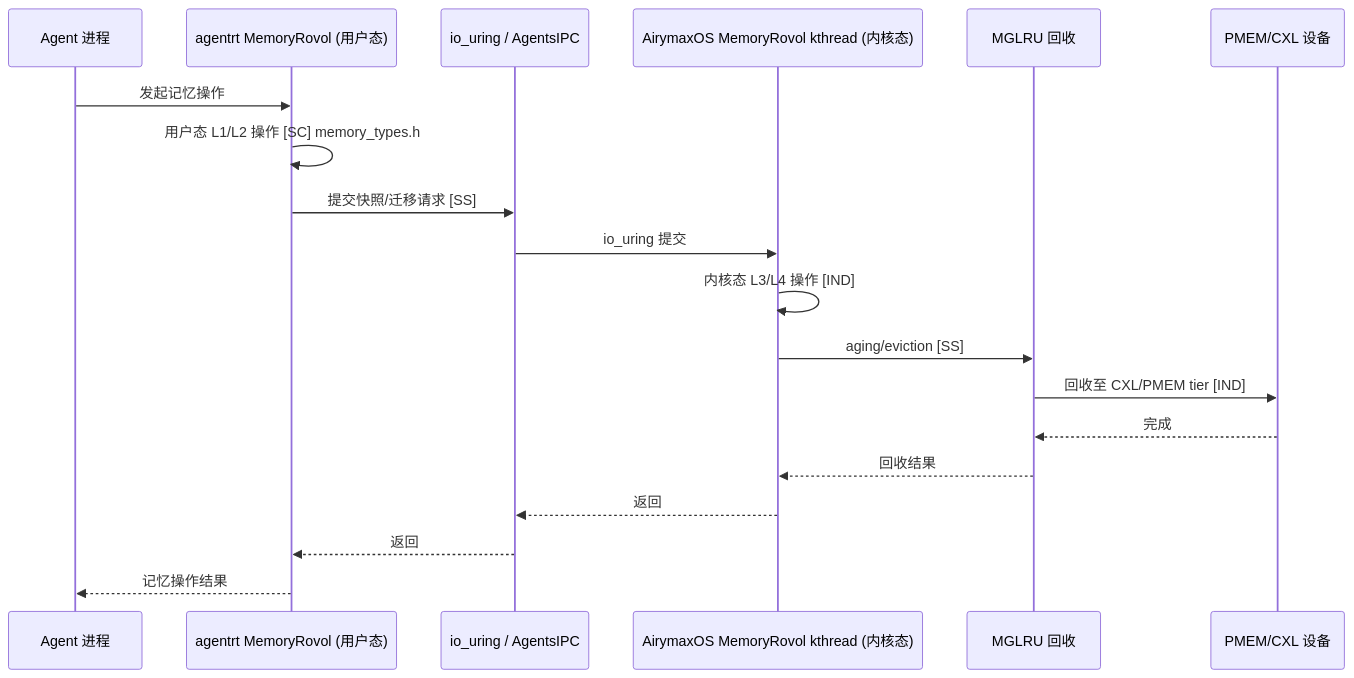
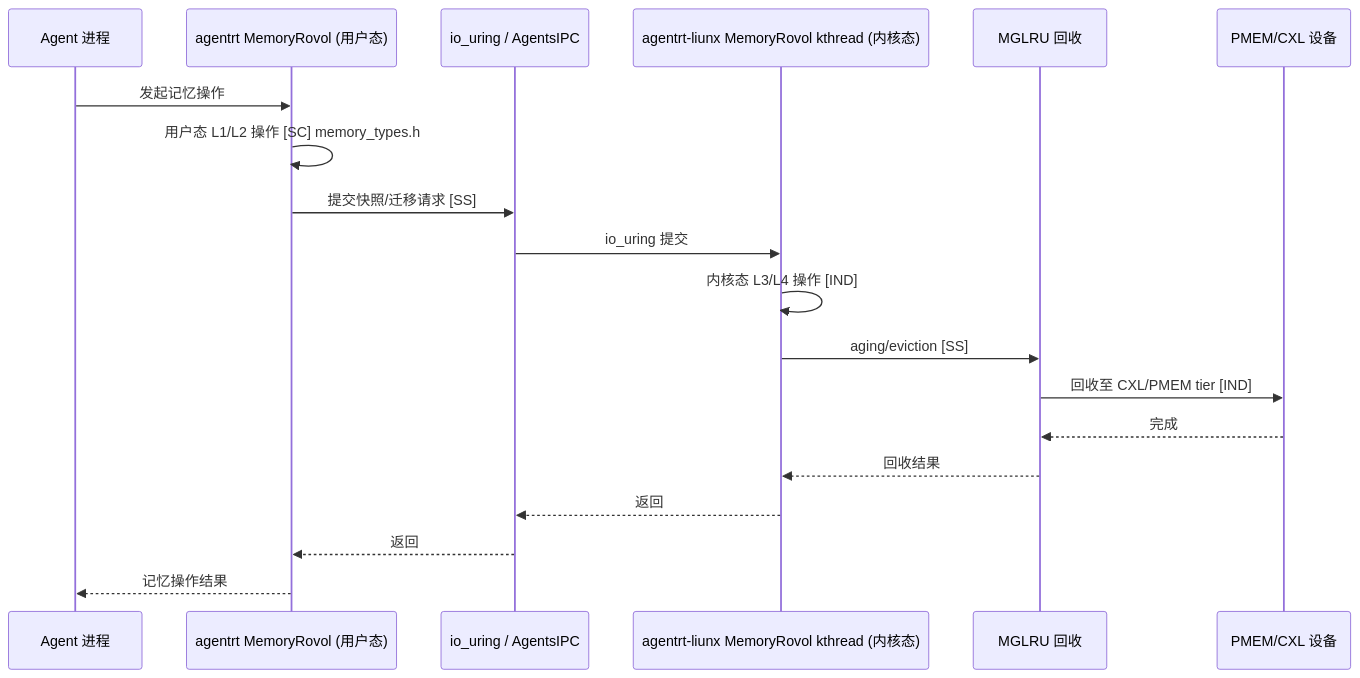
Before and after one commit to openairymax/docs: the diagram in AirymaxAgentOS/20-modules/04-memory.md, drawn with Mermaid. The commit also changed other lines of this file and 99 other files, not shown here.

````diff
--- a/AirymaxAgentOS/20-modules/04-memory.md
+++ b/AirymaxAgentOS/20-modules/04-memory.md
@@ -411,22 +411,22 @@
 ```mermaid
 sequenceDiagram
     participant AGENT as Agent 进程
     participant ROV_U as agentrt MemoryRovol (用户态)
     participant IPC as io_uring / AgentsIPC
-    participant ROV_K as AirymaxOS MemoryRovol kthread (内核态)
+    participant ROV_K as agentrt-liunx MemoryRovol kthread (内核态)
     participant MGLRU as MGLRU 回收
     participant PMEM as PMEM/CXL 设备
 
     AGENT->>ROV_U: 发起记忆操作
     ROV_U->>ROV_U: 用户态 L1/L2 操作 [SC] memory_types.h
     ROV_U->>IPC: 提交快照/迁移请求 [SS]
     IPC->>ROV_K: io_uring 提交
     ROV_K->>ROV_K: 内核态 L3/L4 操作 [IND]
     ROV_K->>MGLRU: aging/eviction [SS]
     MGLRU->>PMEM: 回收至 CXL/PMEM tier [IND]
     PMEM-->>MGLRU: 完成
     MGLRU-->>ROV_K: 回收结果
     ROV_K-->>IPC: 返回
     IPC-->>ROV_U: 返回
     ROV_U-->>AGENT: 记忆操作结果
 ```
````
